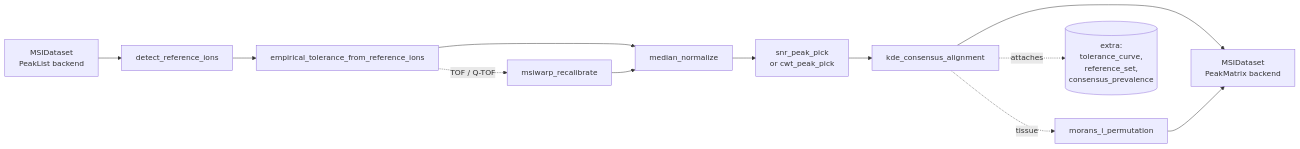
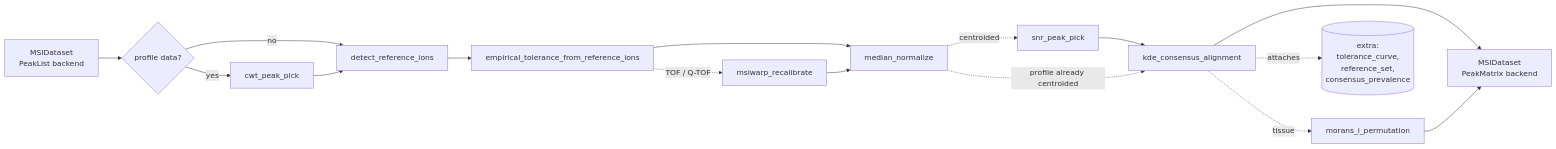
The diagram in docs/algorithms.md (shahlab-ucla/DAPPLE), drawn with Mermaid before and after one commit. The commit also changed other lines of this file and 72 other files, not shown here.

````diff
--- a/docs/algorithms.md
+++ b/docs/algorithms.md
@@ -55,14 +59,18 @@
 ```mermaid
 flowchart LR
-  IN[MSIDataset<br/>PeakList backend] --> R[detect_reference_ions]
+  IN[MSIDataset<br/>PeakList backend] --> MODE{"profile data?"}
+  MODE -- yes --> P0[cwt_peak_pick]
+  MODE -- no --> R[detect_reference_ions]
+  P0 --> R
   R --> T[empirical_tolerance_from_reference_ions]
   T -. TOF / Q-TOF .-> RC[msiwarp_recalibrate]
   T --> N[median_normalize]
   RC --> N
-  N --> P[snr_peak_pick<br/>or cwt_peak_pick]
+  N -. centroided .-> P[snr_peak_pick]
   P --> C[kde_consensus_alignment]
+  N -. profile already centroided .-> C
   C --> OUT[MSIDataset<br/>PeakMatrix backend]
   C -. tissue .-> SF[morans_i_permutation]
   SF --> OUT
   C -.attaches.-> EX[("extra:<br/>tolerance_curve,<br/>reference_set,<br/>consensus_prevalence")]
 ```
````
